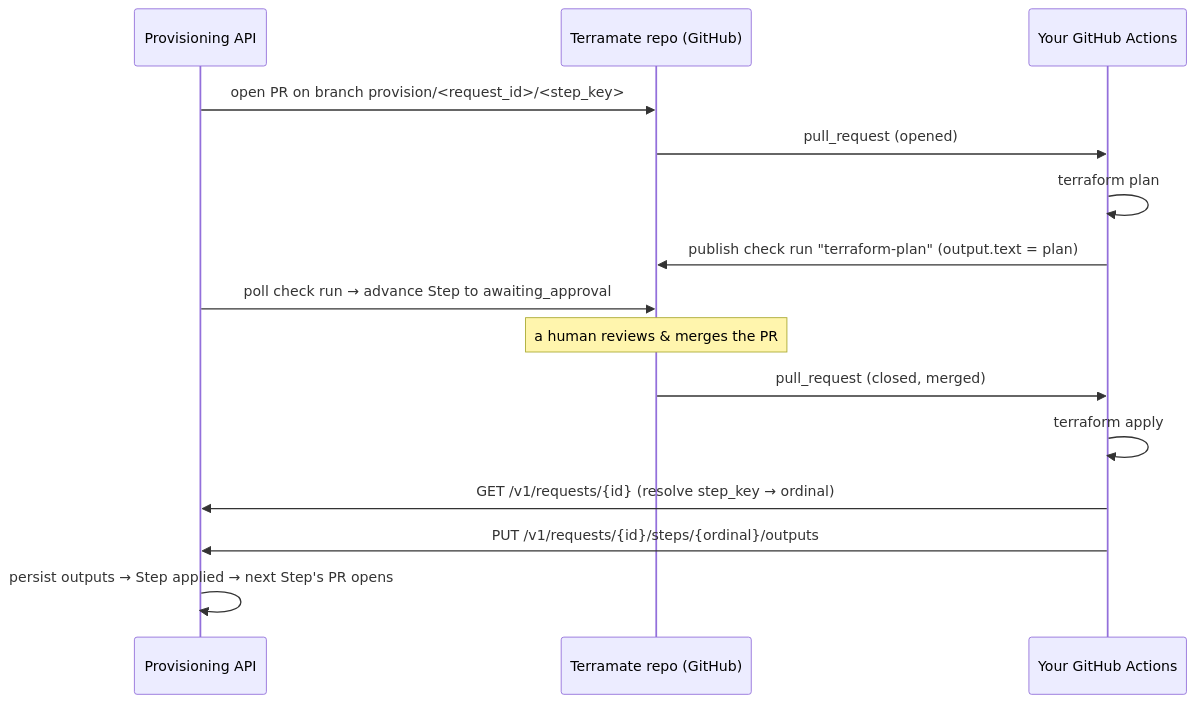
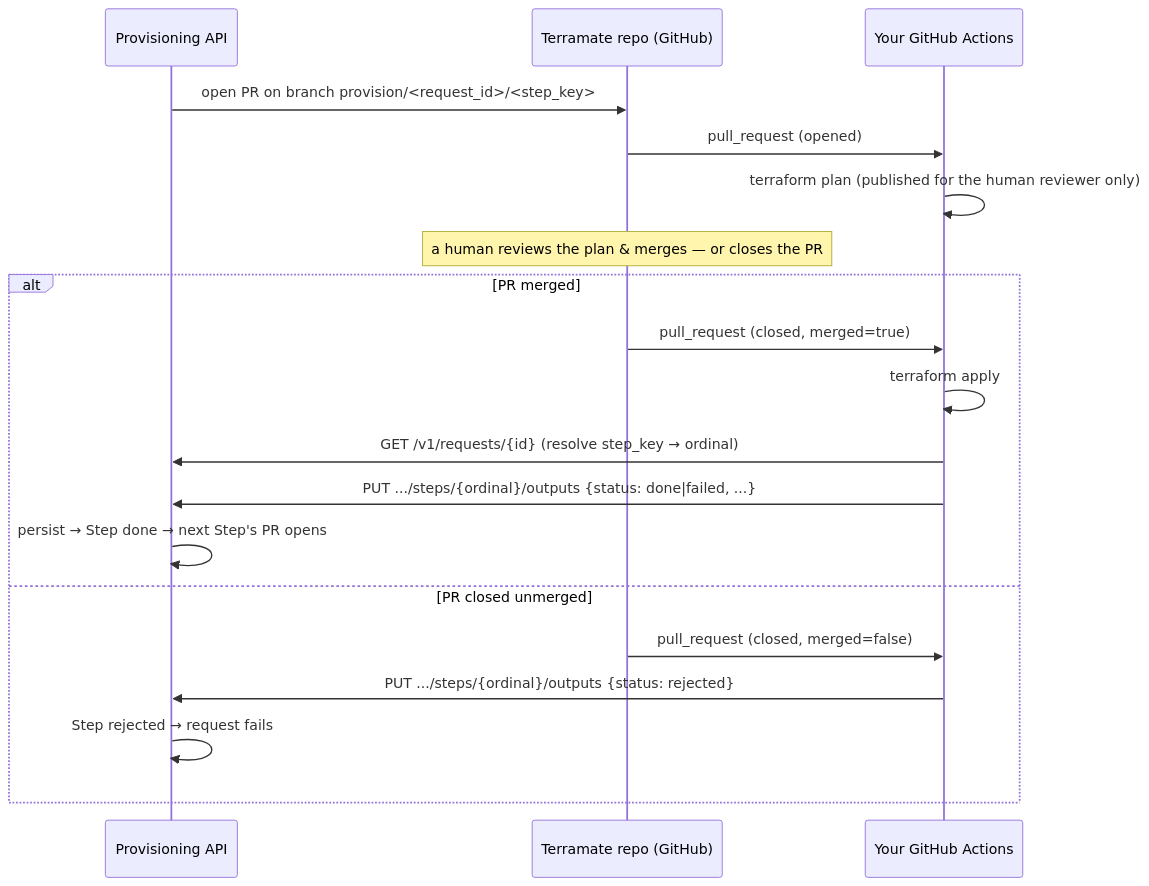
The diagram in docs/ci-integration-contract.md (TaylorAHanson/terramate-api-wrapper), drawn with Mermaid before and after one commit. The commit also changed other lines of this file and 3 other files, not shown here.

````diff
--- a/docs/ci-integration-contract.md
+++ b/docs/ci-integration-contract.md
@@ -22,17 +23,21 @@
 ```mermaid
 sequenceDiagram
     participant API as Provisioning API
     participant Repo as Terramate repo (GitHub)
     participant CI as Your GitHub Actions
     API->>Repo: open PR on branch provision/<request_id>/<step_key>
     Repo->>CI: pull_request (opened)
-    CI->>CI: terraform plan
-    CI->>Repo: publish check run "terraform-plan" (output.text = plan)
-    API->>Repo: poll check run → advance Step to awaiting_approval
-    Note over Repo: a human reviews & merges the PR
-    Repo->>CI: pull_request (closed, merged)
-    CI->>CI: terraform apply
-    CI->>API: GET /v1/requests/{id}  (resolve step_key → ordinal)
-    CI->>API: PUT /v1/requests/{id}/steps/{ordinal}/outputs
-    API->>API: persist outputs → Step applied → next Step's PR opens
+    CI->>CI: terraform plan (published for the human reviewer only)
+    Note over Repo: a human reviews the plan & merges — or closes the PR
+    alt PR merged
+        Repo->>CI: pull_request (closed, merged=true)
+        CI->>CI: terraform apply
+        CI->>API: GET /v1/requests/{id}  (resolve step_key → ordinal)
+        CI->>API: PUT .../steps/{ordinal}/outputs {status: done|failed, ...}
+        API->>API: persist → Step done → next Step's PR opens
+    else PR closed unmerged
+        Repo->>CI: pull_request (closed, merged=false)
+        CI->>API: PUT .../steps/{ordinal}/outputs {status: rejected}
+        API->>API: Step rejected → request fails
+    end
 ```
````
